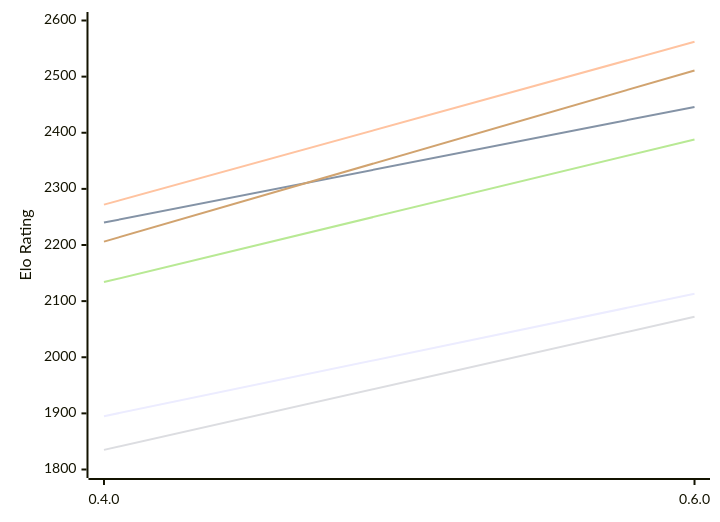
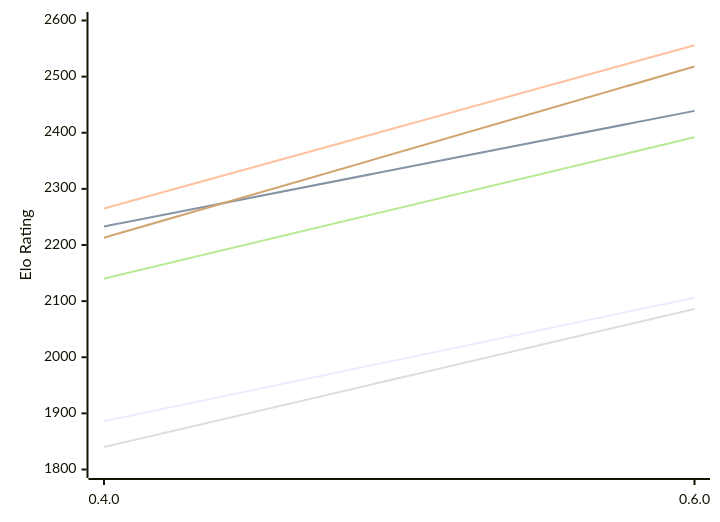
Before and after one commit to computer-chess-index/cci: the first of 2 diagrams in engines/Ariadne.md, drawn with Mermaid. The commit also changed other lines of this file, not shown here.

Commit message:
Update CCI Ratings (ELO VLTC) - 2026-11-18

````diff
--- a/engines/Ariadne.md
+++ b/engines/Ariadne.md
@@ -50,12 +50,12 @@
 ```mermaid
 %%{init: {"theme":"base","themeVariables":{"seriesColors:['#a3a3a3','#222221','#faa371']}}}%%
 xychart-beta
   x-axis ["0.4.0", "0.6.0"]
   y-axis "Elo Rating" 1800 --> 2600
-  line "E1: STC (8.0+0.08s)" [1895, 2113]
-  line "E1: LTC (60.0+0.60s)" [2240, 2446]
-  line "E1: VLTC (2m24s+1.12s)" [2272, 2562]
-  line "P1: STC (8.0+0.08s)" [1835, 2072]
-  line "P1: LTC (60.0+0.60s)" [2134, 2388]
-  line "P1: VLTC (2m24s+1.12s)" [2206, 2511]
+  line "E1: STC (8.0+0.08s)" [1886, 2106]
+  line "E1: LTC (60.0+0.60s)" [2233, 2439]
+  line "E1: VLTC (2m24s+1.12s)" [2265, 2556]
+  line "P1: STC (8.0+0.08s)" [1840, 2086]
+  line "P1: LTC (60.0+0.60s)" [2140, 2392]
+  line "P1: VLTC (2m24s+1.12s)" [2213, 2518]
 ```
````
